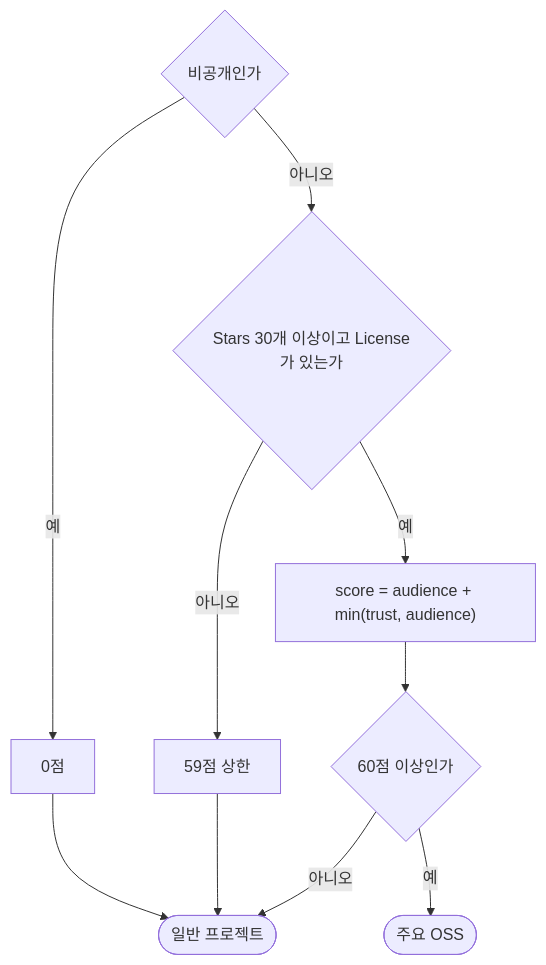
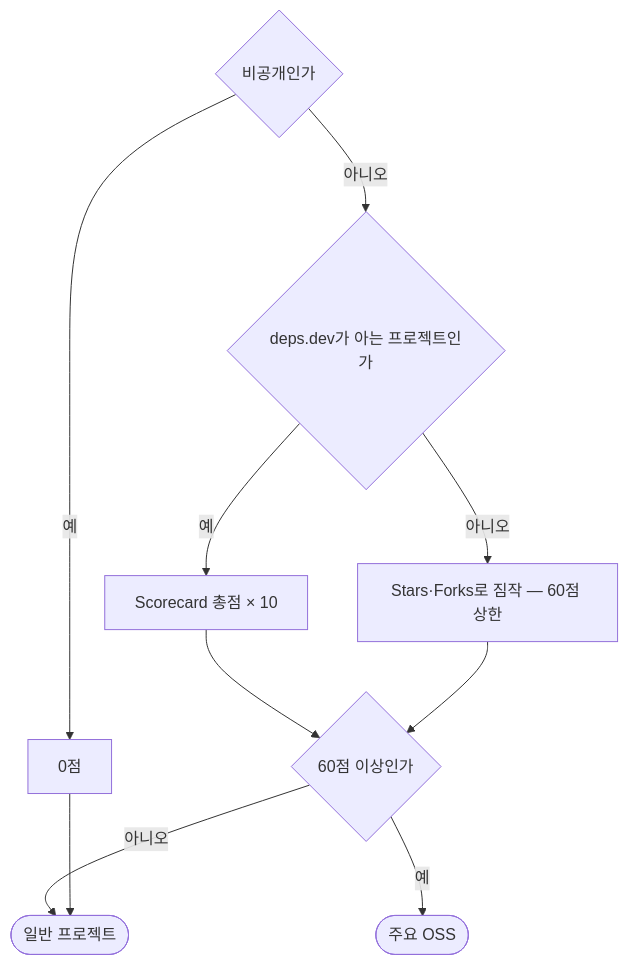
The first of 2 diagrams in README.md (zaewc/Patchwork), drawn with Mermaid before and after one commit. The commit also changed other lines of this file and 2 other files, not shown here.

````diff
--- a/README.md
+++ b/README.md
@@ -13,12 +15,12 @@
 ```mermaid
 flowchart TD
     A{비공개인가} -->|예| Z[0점]
-    A -->|아니오| B{"Stars 30개 이상이고 License가 있는가"}
-    B -->|아니오| C[59점 상한]
-    B -->|예| D["score = audience + min(trust, audience)"]
-    D --> E{60점 이상인가}
+    A -->|아니오| B{"deps.dev가 아는 프로젝트인가"}
+    B -->|예| C["Scorecard 총점 × 10"]
+    B -->|아니오| D["Stars·Forks로 짐작 — 60점 상한"]
+    C --> E{60점 이상인가}
+    D --> E
     E -->|예| F([주요 OSS])
     E -->|아니오| G([일반 프로젝트])
-    C --> G
     Z --> G
 ```
````
